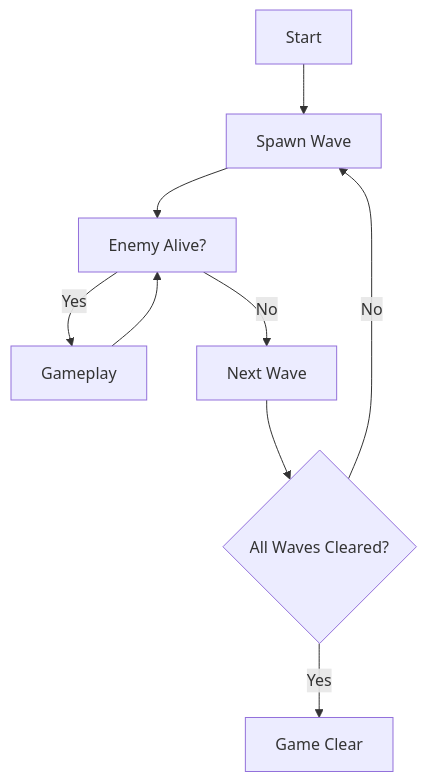
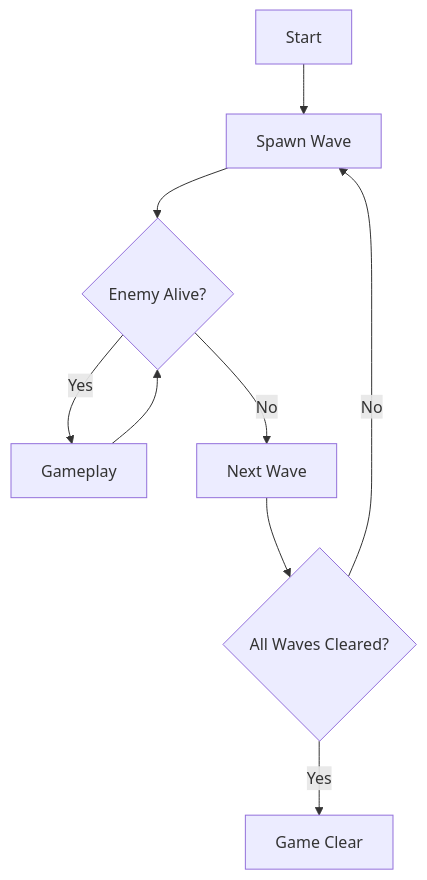
Before and after one commit to nittayoshihiro/portfolio_2026: the diagram in WaveSurvival/README.md, drawn with Mermaid.

Commit message:
ダイアグラム修正

````diff
--- a/WaveSurvival/README.md
+++ b/WaveSurvival/README.md
@@ -50,11 +50,11 @@
 ```mermaid
 flowchart TD
     A[Start] --> B[Spawn Wave]
-    B --> C[Enemy Alive?]
+    B --> C{Enemy Alive?}
     C -->|Yes| D[Gameplay]
     D --> C
     C -->|No| E[Next Wave]
     E --> F{All Waves Cleared?}
     F -->|No| B
     F -->|Yes| G[Game Clear]
 ```
````
